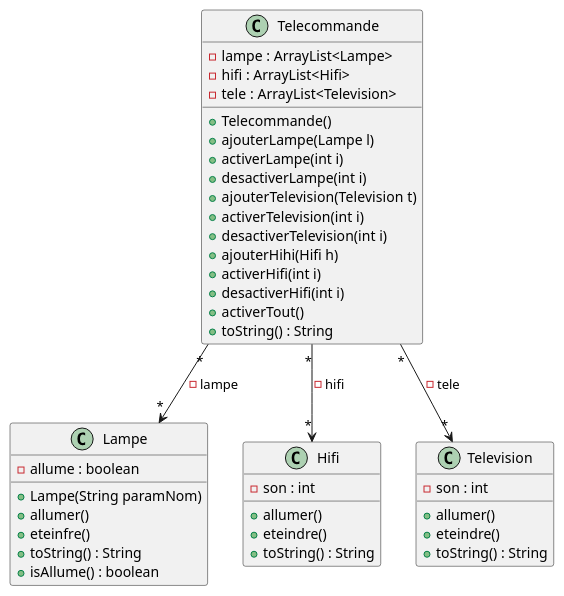
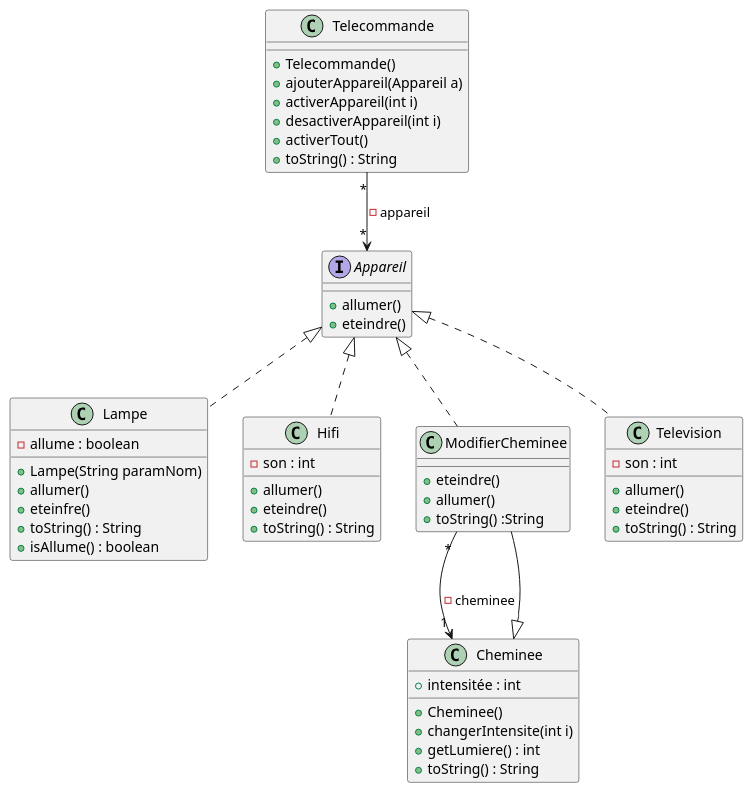
The diagram in DiagrammeTele.puml (LDoan2/2022_coo_domotique_DOAN_OUDIN), drawn with PlantUML before and after one commit. The commit also changed 1 other file, not shown here.

```diff
--- a/DiagrammeTele.puml
+++ b/DiagrammeTele.puml
@@ -1,54 +1,68 @@
 @startuml
 
 
 
 class Lampe{
 -allume : boolean
 +Lampe(String paramNom)
 +allumer()
 +eteinfre()
 +toString() : String
 +isAllume() : boolean
 }
 
+interface Appareil{
++allumer()
++eteindre()
+}
 
 class Telecommande{
--lampe : ArrayList<Lampe>
--hifi : ArrayList<Hifi>
--tele : ArrayList<Television>
 +Telecommande()
-+ajouterLampe(Lampe l)
-+activerLampe(int i)
-+desactiverLampe(int i)
-+ajouterTelevision(Television t)
-+activerTelevision(int i)
-+desactiverTelevision(int i)
-+ajouterHihi(Hifi h)
-+activerHifi(int i)
-+desactiverHifi(int i)
++ajouterAppareil(Appareil a)
++activerAppareil(int i)
++desactiverAppareil(int i)
 +activerTout()
 +toString() : String
 }
 
 
 
 class Hifi {
 -son : int
 +allumer()
 +eteindre()
 +toString() : String
 }
 
+class Cheminee{
++intensitée : int
++Cheminee()
++changerIntensite(int i)
++getLumiere() : int
++toString() : String
+}
+
+class ModifierCheminee{
++eteindre()
++allumer()
++toString() :String
+}
+
 class Television{
 -son : int
 +allumer()
 +eteindre()
 +toString() : String
 }
 
 
-Telecommande "*"-->"*" Lampe :-lampe
-Telecommande "*"--> "*"Hifi  : -hifi
-Telecommande "*"--> "*"Television  : -tele
+Appareil  <|.. Lampe
+Appareil  <|..  Hifi
+Appareil  <|..  Television
+Appareil <|.. ModifierCheminee
+Telecommande "*" --> "*" Appareil : -appareil
+ModifierCheminee "*" --> "1" Cheminee : -cheminee
+ModifierCheminee --|>  Cheminee
+
 
 @enduml
```
